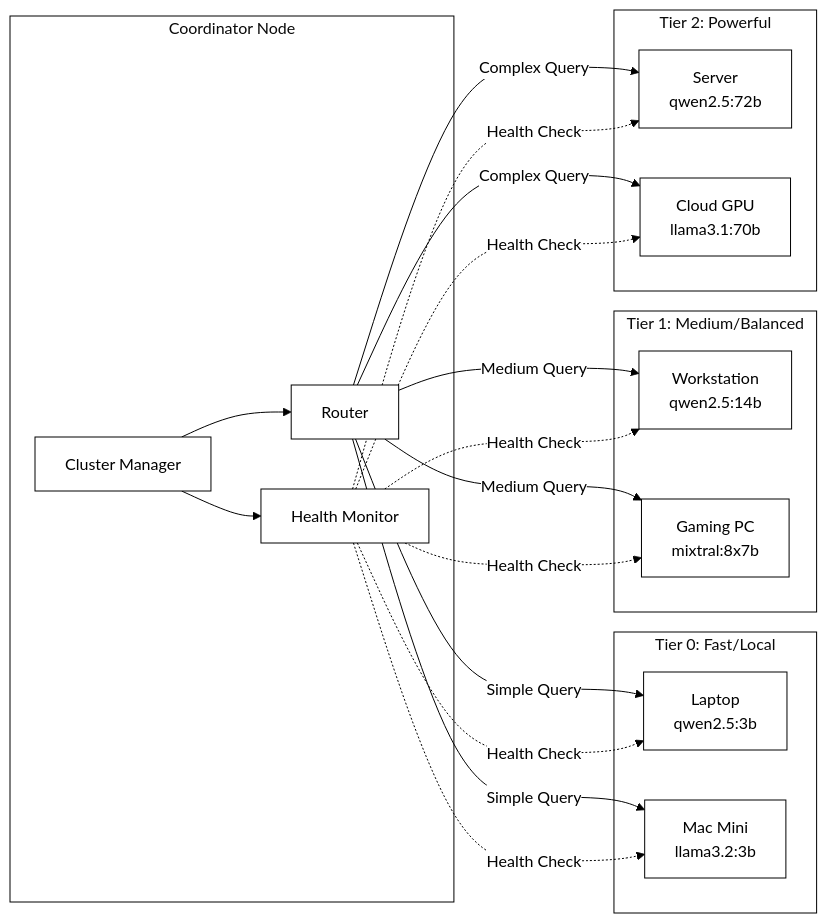
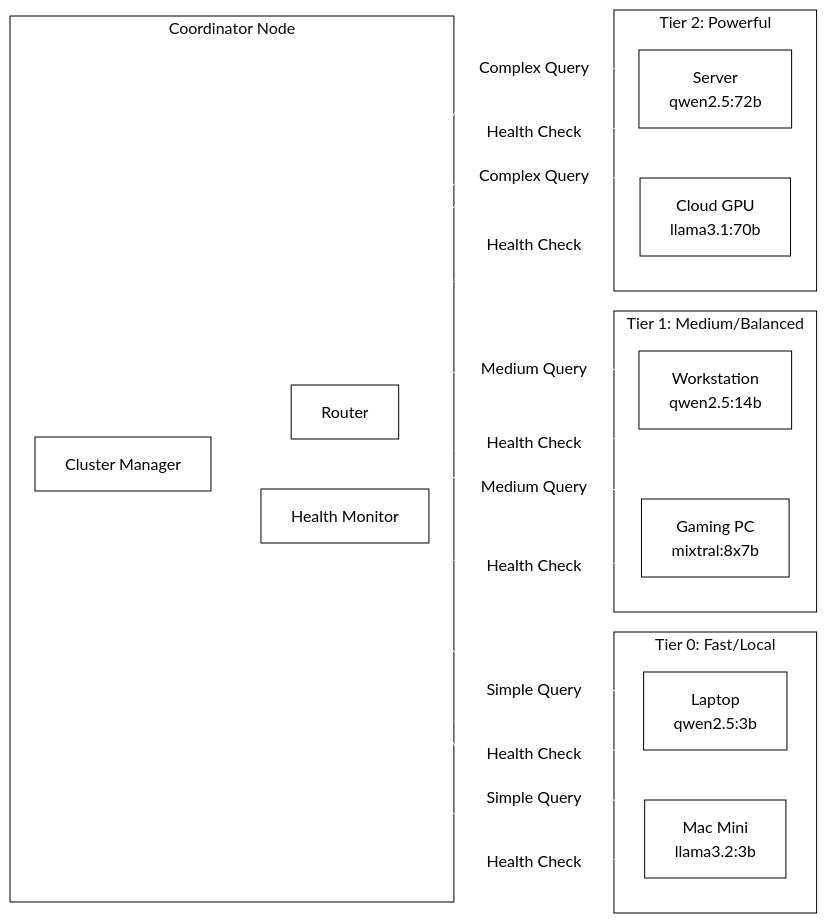
Before and after one commit to smallthinkingmachines/harombe: the first of 2 diagrams in README.md, drawn with Mermaid. The commit also changed other lines of this file, not shown here.

Commit message:
docs: use transparent background for Mermaid diagrams
- Set mainBkg and background to transparent
- Keeps white boxes and text readable on dark backgrounds
- Removes excess white space below diagrams
- Lines changed to white for better contrast on dark mode
- Diagram blends naturally with GitHub's interface

````diff
--- a/README.md
+++ b/README.md
@@ -183,39 +183,39 @@
 ```mermaid
-%%{init: {'theme': 'base', 'themeVariables': {'primaryColor': '#ffffff', 'primaryTextColor': '#000000', 'primaryBorderColor': '#000000', 'lineColor': '#000000', 'secondaryColor': '#e8e8e8', 'tertiaryColor': '#f5f5f5', 'edgeLabelBackground': '#ffffff', 'clusterBkg': '#ffffff', 'clusterBorder': '#000000', 'mainBkg': '#ffffff', 'background': '#ffffff'}}}%%
+%%{init: {'theme': 'base', 'themeVariables': {'primaryColor': '#ffffff', 'primaryTextColor': '#000000', 'primaryBorderColor': '#000000', 'lineColor': '#ffffff', 'secondaryColor': '#e8e8e8', 'tertiaryColor': '#f5f5f5', 'edgeLabelBackground': '#ffffff', 'clusterBkg': '#ffffff', 'clusterBorder': '#000000', 'mainBkg': 'transparent', 'background': 'transparent'}}}%%
 flowchart LR
     subgraph Coordinator["Coordinator Node"]
         CM[Cluster Manager]
         HM[Health Monitor]
         RT[Router]
     end
 
     subgraph Tier0["Tier 0: Fast/Local"]
         T0N1[Laptop<br/>qwen2.5:3b]
         T0N2[Mac Mini<br/>llama3.2:3b]
     end
 
     subgraph Tier1["Tier 1: Medium/Balanced"]
         T1N1[Workstation<br/>qwen2.5:14b]
         T1N2[Gaming PC<br/>mixtral:8x7b]
     end
 
     subgraph Tier2["Tier 2: Powerful"]
         T2N1[Server<br/>qwen2.5:72b]
         T2N2[Cloud GPU<br/>llama3.1:70b]
     end
 
     CM --> HM
     CM --> RT
     RT -->|Simple Query| T0N1
     RT -->|Simple Query| T0N2
     RT -->|Medium Query| T1N1
     RT -->|Medium Query| T1N2
     RT -->|Complex Query| T2N1
     RT -->|Complex Query| T2N2
     HM -.->|Health Check| T0N1
     HM -.->|Health Check| T0N2
     HM -.->|Health Check| T1N1
     HM -.->|Health Check| T1N2
     HM -.->|Health Check| T2N1
     HM -.->|Health Check| T2N2
 ```
````
